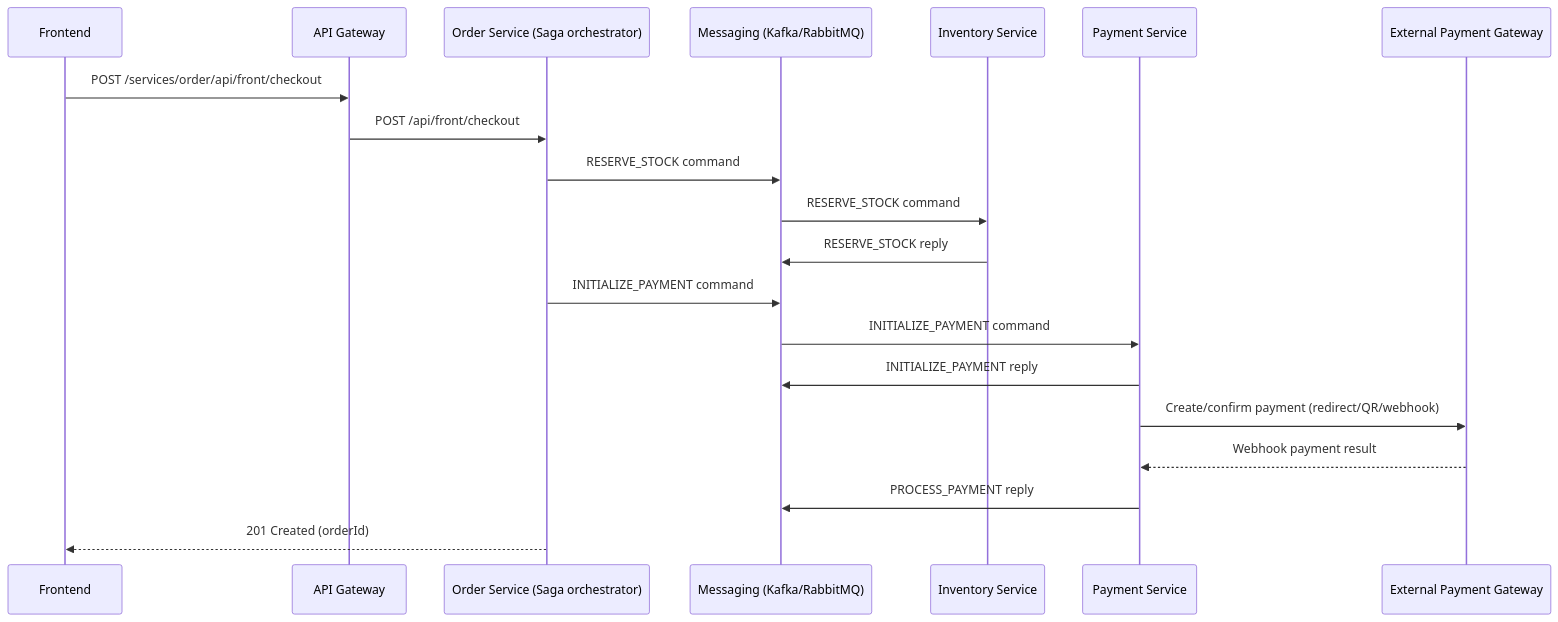
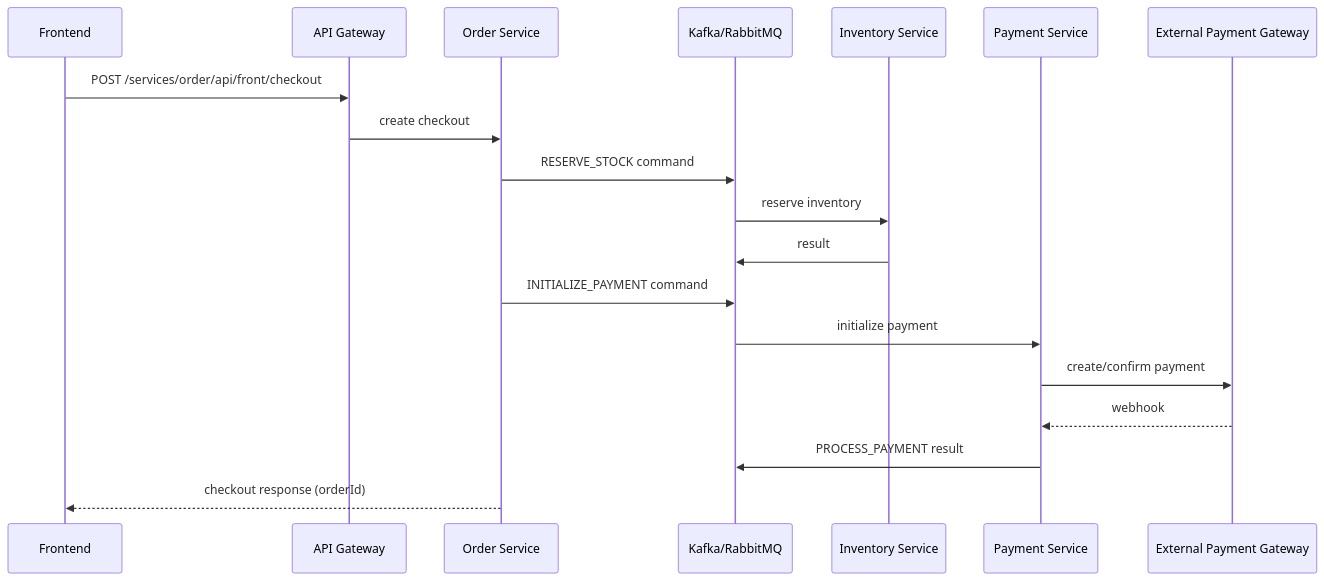
Before and after one commit to atlashk/atlas: the diagram in README.md, drawn with Mermaid. The commit also changed other lines of this file and 41 other files, not shown here.

````diff
--- a/README.md
+++ b/README.md
@@ -324,23 +243,22 @@
 ```mermaid
 sequenceDiagram
   participant FE as Frontend
   participant GW as API Gateway
-  participant ORD as Order Service (Saga orchestrator)
-  participant MQ as Messaging (Kafka/RabbitMQ)
+  participant ORD as Order Service
+  participant MQ as Kafka/RabbitMQ
   participant INV as Inventory Service
   participant PAY as Payment Service
   participant EXT as External Payment Gateway
 
   FE->>GW: POST /services/order/api/front/checkout
-  GW->>ORD: POST /api/front/checkout
+  GW->>ORD: create checkout
   ORD->>MQ: RESERVE_STOCK command
-  MQ->>INV: RESERVE_STOCK command
-  INV->>MQ: RESERVE_STOCK reply
+  MQ->>INV: reserve inventory
+  INV->>MQ: result
   ORD->>MQ: INITIALIZE_PAYMENT command
-  MQ->>PAY: INITIALIZE_PAYMENT command
-  PAY->>MQ: INITIALIZE_PAYMENT reply
-  PAY->>EXT: Create/confirm payment (redirect/QR/webhook)
-  EXT-->>PAY: Webhook payment result
-  PAY->>MQ: PROCESS_PAYMENT reply
-  ORD-->>FE: 201 Created (orderId)
+  MQ->>PAY: initialize payment
+  PAY->>EXT: create/confirm payment
+  EXT-->>PAY: webhook
+  PAY->>MQ: PROCESS_PAYMENT result
+  ORD-->>FE: checkout response (orderId)
 ```
````
